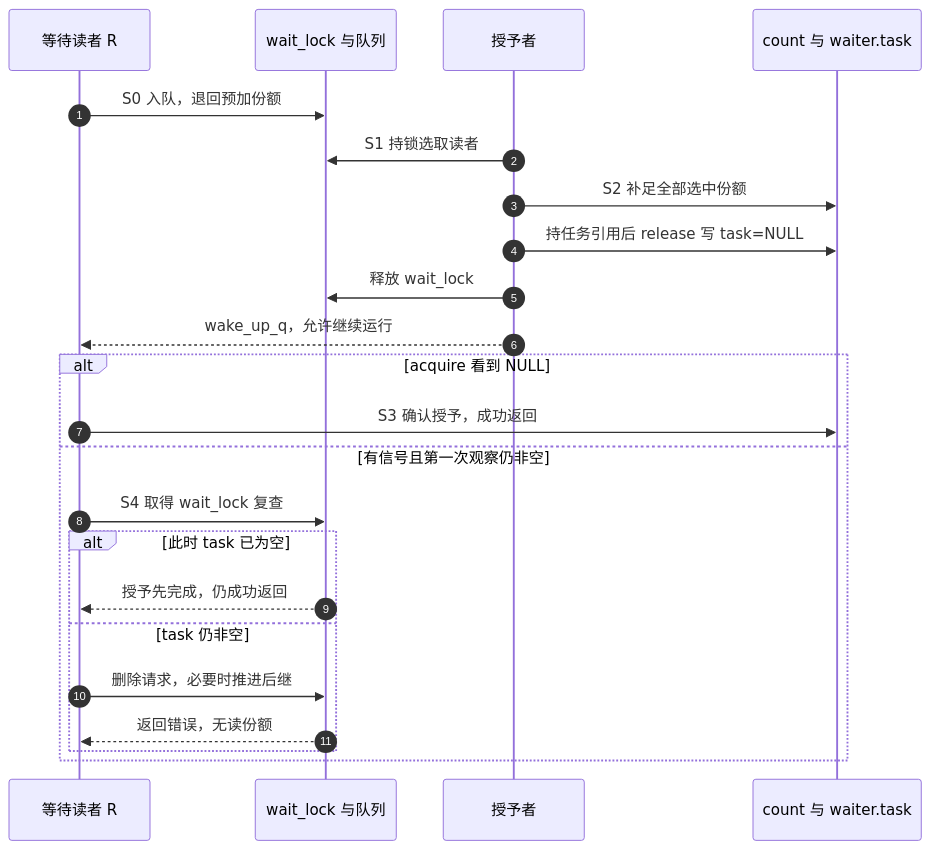
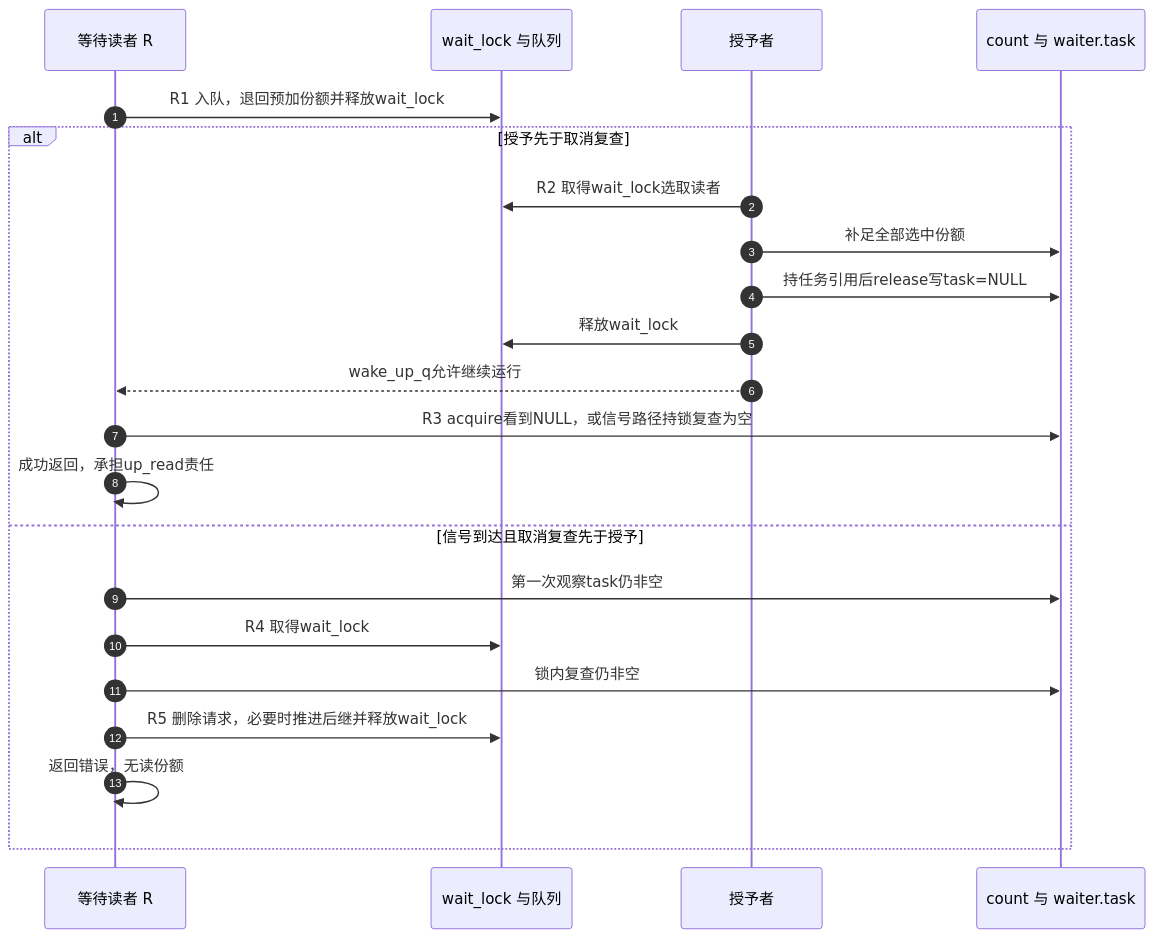
Before and after one commit to FormingSystem/linux_note: the second of 2 diagrams in research/source_reading/locking/source_explanations/kernel/locking/rwsem.c.md, drawn with Mermaid. The commit also changed other lines of this file and 8 other files, not shown here.

````diff
--- a/research/source_reading/locking/source_explanations/kernel/locking/rwsem.c.md
+++ b/research/source_reading/locking/source_explanations/kernel/locking/rwsem.c.md
@@ -403,25 +407,24 @@
 ```mermaid
 sequenceDiagram
     autonumber
     participant R as 等待读者 R
     participant L as wait_lock 与队列
     participant G as 授予者
     participant C as count 与 waiter.task
-    R->>L: S0 入队，退回预加份额
-    G->>L: S1 持锁选取读者
-    G->>C: S2 补足全部选中份额
-    G->>C: 持任务引用后 release 写 task=NULL
-    G->>L: 释放 wait_lock
-    G-->>R: wake_up_q，允许继续运行
-    alt acquire 看到 NULL
-        R->>C: S3 确认授予，成功返回
-    else 有信号且第一次观察仍非空
-        R->>L: S4 取得 wait_lock 复查
-        alt 此时 task 已为空
-            L-->>R: 授予先完成，仍成功返回
-        else task 仍非空
-            R->>L: 删除请求，必要时推进后继
-            L-->>R: 返回错误，无读份额
-        end
+    R->>L: R1 入队，退回预加份额并释放wait_lock
+    alt 授予先于取消复查
+        G->>L: R2 取得wait_lock选取读者
+        G->>C: 补足全部选中份额
+        G->>C: 持任务引用后release写task=NULL
+        G->>L: 释放wait_lock
+        G-->>R: wake_up_q允许继续运行
+        R->>C: R3 acquire看到NULL，或信号路径持锁复查为空
+        R->>R: 成功返回，承担up_read责任
+    else 信号到达且取消复查先于授予
+        R->>C: 第一次观察task仍非空
+        R->>L: R4 取得wait_lock
+        R->>C: 锁内复查仍非空
+        R->>L: R5 删除请求，必要时推进后继并释放wait_lock
+        R->>R: 返回错误，无读份额
     end
 ```
````
